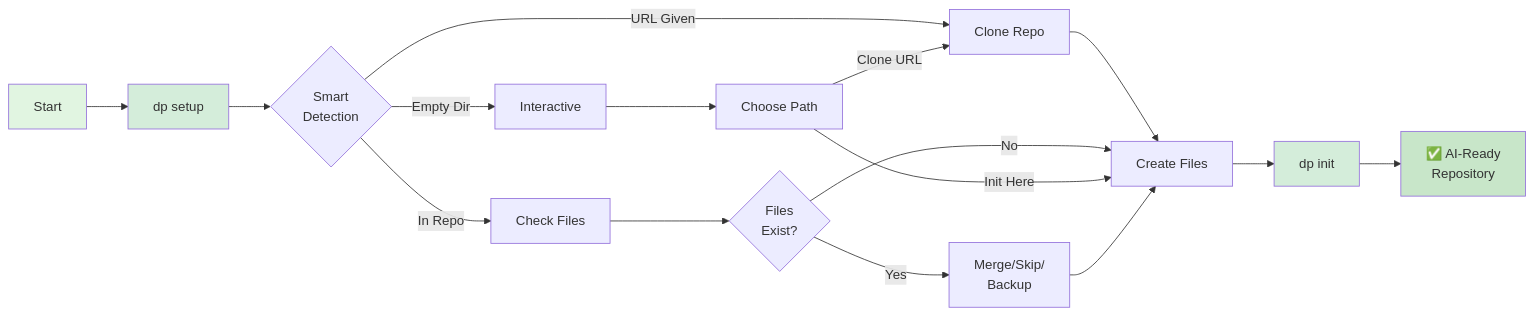
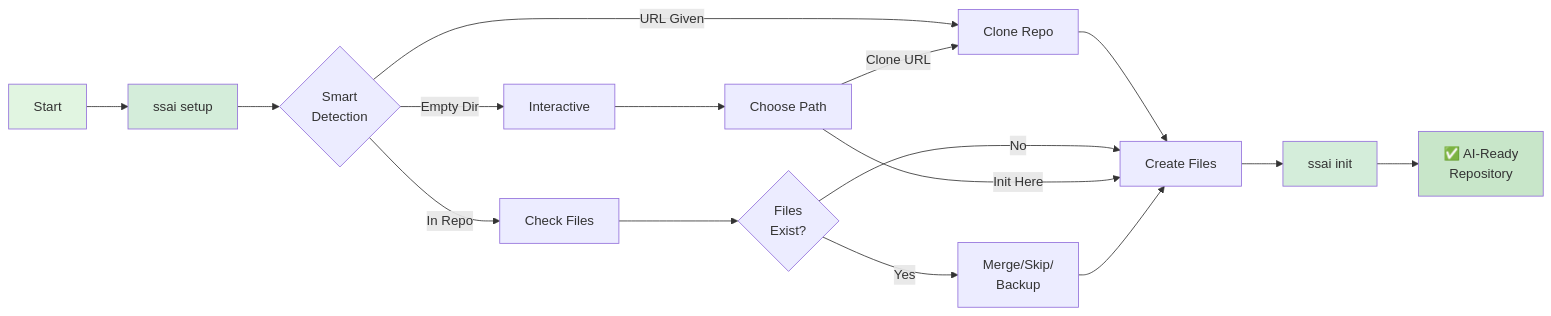
One commit to Softsensor-org/SoftSensorAI changed the diagram in README.md. Above: the diagram before and after it, drawn with Mermaid. The commit also changed other lines of this file and 118 other files, not shown here.

````diff
--- a/README.md
+++ b/README.md
@@ -287,28 +295,28 @@
 ```mermaid
 graph LR
-    A[Start] --> B[dp setup]
+    A[Start] --> B[ssai setup]
     B --> C{Smart<br/>Detection}
 
     C -->|URL Given| D[Clone Repo]
     C -->|In Repo| E[Check Files]
     C -->|Empty Dir| F[Interactive]
 
     D --> G[Create Files]
     E --> H{Files<br/>Exist?}
     F --> I[Choose Path]
 
     H -->|No| G
     H -->|Yes| J[Merge/Skip/<br/>Backup]
 
     I -->|Init Here| G
     I -->|Clone URL| D
 
     J --> G
-    G --> K[dp init]
+    G --> K[ssai init]
     K --> L[✅ AI-Ready<br/>Repository]
 
     style A fill:#e1f5e1
     style B fill:#d4edda
     style K fill:#d4edda
     style L fill:#c8e6c9
 ```
````
